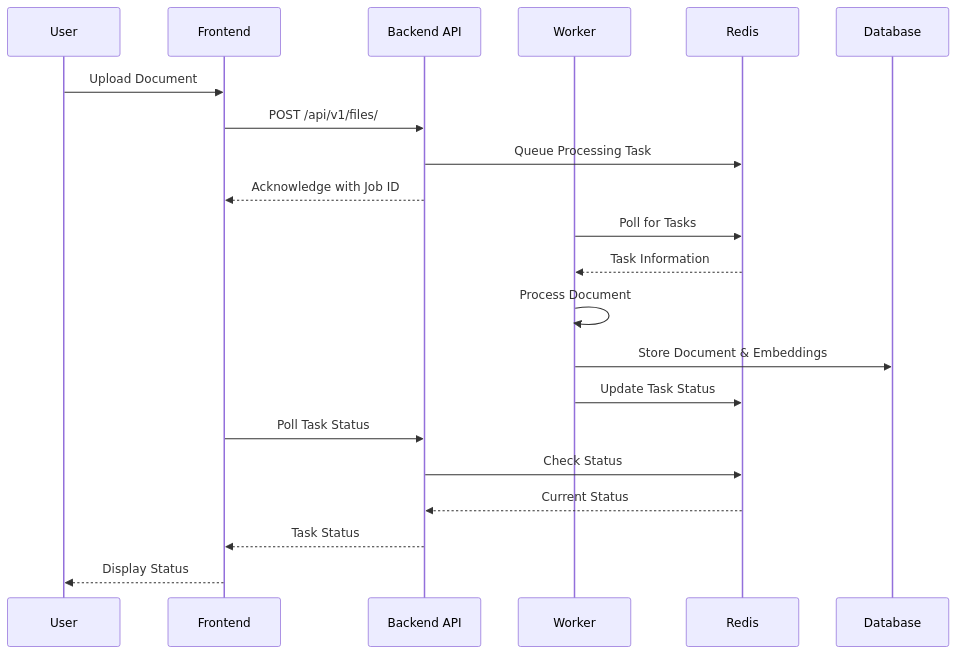
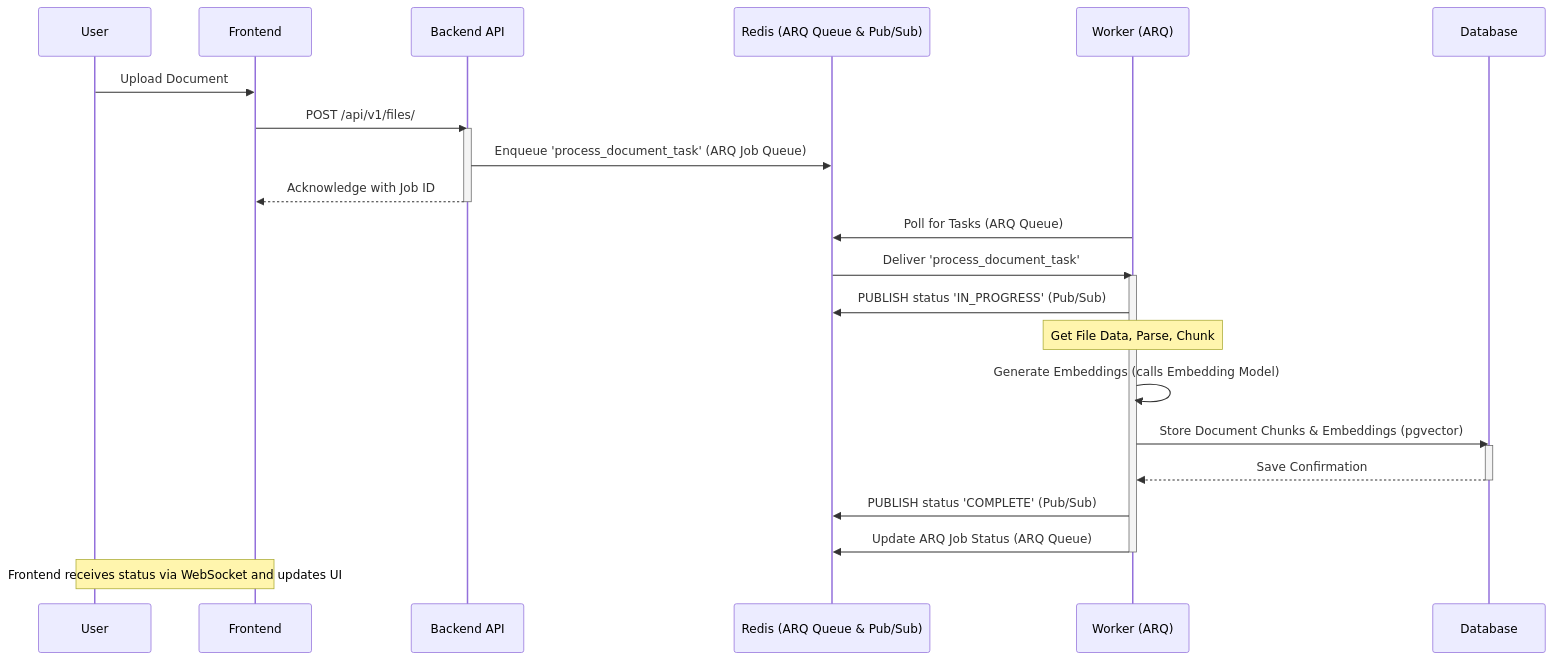
The fifth of 5 diagrams in docs/architecture.md (sundsvallai/intric), drawn with Mermaid before and after one commit. The commit also changed other lines of this file, not shown here.

````diff
--- a/docs/architecture.md
+++ b/docs/architecture.md
@@ -176,26 +226,32 @@
 ```mermaid
 sequenceDiagram
     participant User
     participant Frontend as Frontend
     participant Backend as Backend API
-    participant Worker as Worker
-    participant Redis
+    participant Redis as Redis (ARQ Queue & Pub/Sub)
+    participant Worker as Worker (ARQ)
     participant DB as Database
-    
+
     User->>Frontend: Upload Document
     Frontend->>Backend: POST /api/v1/files/
-    Backend->>Redis: Queue Processing Task
+    activate Backend
+    Backend->>Redis: Enqueue 'process_document_task' (ARQ Job Queue)
     Backend-->>Frontend: Acknowledge with Job ID
-    
-    Worker->>Redis: Poll for Tasks
-    Redis-->>Worker: Task Information
-    Worker->>Worker: Process Document
-    Worker->>DB: Store Document & Embeddings
-    Worker->>Redis: Update Task Status
-    
-    Frontend->>Backend: Poll Task Status
-    Backend->>Redis: Check Status
-    Redis-->>Backend: Current Status
-    Backend-->>Frontend: Task Status
-    Frontend-->>User: Display Status
+    deactivate Backend
+
+    Worker->>Redis: Poll for Tasks (ARQ Queue)
+    Redis->>Worker: Deliver 'process_document_task'
+    activate Worker
+    Worker->>Redis: PUBLISH status 'IN_PROGRESS' (Pub/Sub)
+    Note over Worker: Get File Data, Parse, Chunk
+    Worker->>Worker: Generate Embeddings (calls Embedding Model)
+    Worker->>DB: Store Document Chunks & Embeddings (pgvector)
+    activate DB
+    DB-->>Worker: Save Confirmation
+    deactivate DB
+    Worker->>Redis: PUBLISH status 'COMPLETE' (Pub/Sub)
+    Worker->>Redis: Update ARQ Job Status (ARQ Queue)
+    deactivate Worker
+
+    Note over Frontend, User: Frontend receives status via WebSocket and updates UI
 ```
````
